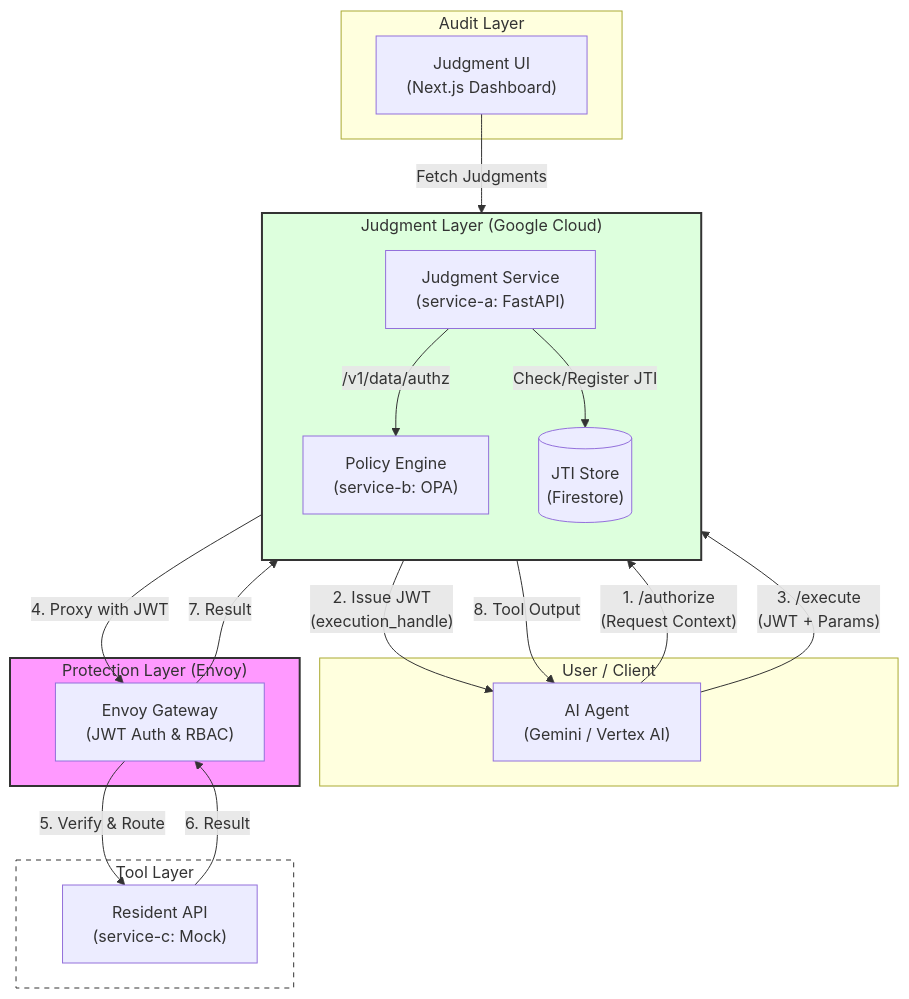
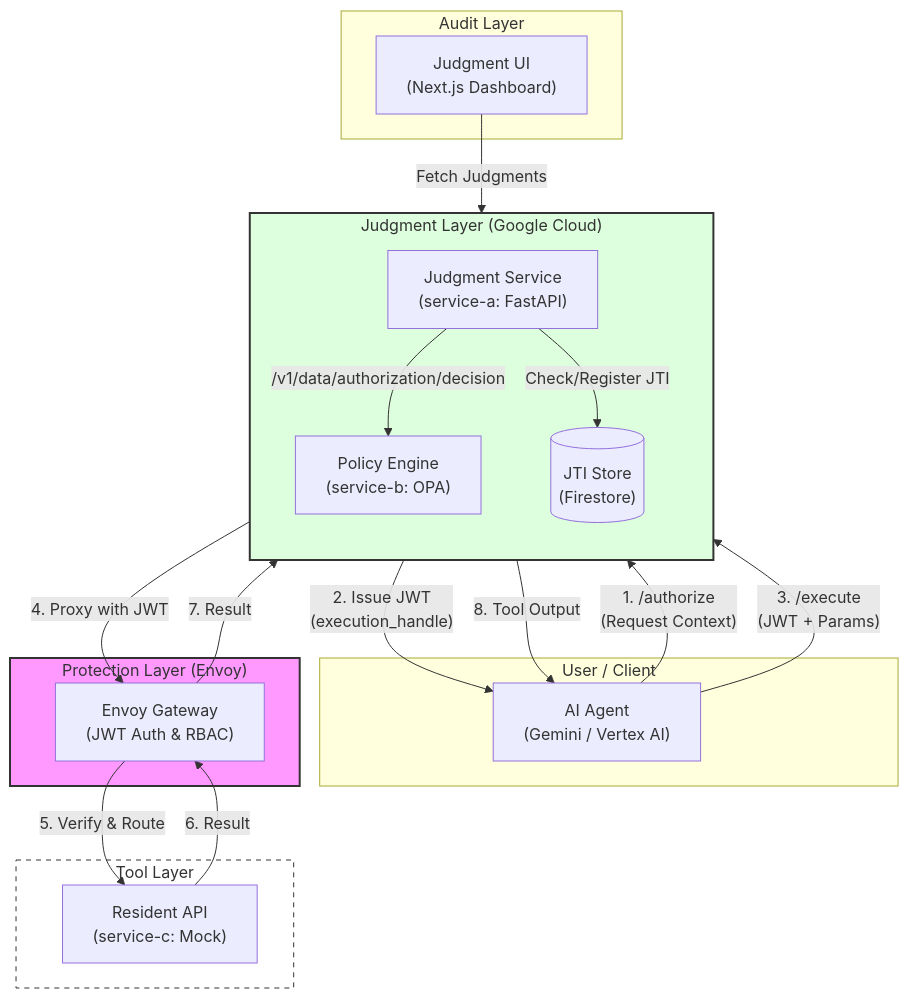
One commit to appmth/action-gated-authorization-poc changed the diagram in docs/02-design/05-architecture-diagram.md. Above: the diagram before and after it, drawn with Mermaid. The commit also changed 102 other files, not shown here.

````diff
--- a/docs/02-design/05-architecture-diagram.md
+++ b/docs/02-design/05-architecture-diagram.md
@@ -5,48 +5,48 @@
 ```mermaid
 graph TB
     subgraph Users ["User / Client"]
         Agent["AI Agent<br/>(Gemini / Vertex AI)"]
     end
 
     subgraph JudgmentSystem ["Judgment Layer (Google Cloud)"]
         direction TB
         Judgment["Judgment Service<br/>(service-a: FastAPI)"]
         PDP["Policy Engine<br/>(service-b: OPA)"]
         JTIStore[("JTI Store<br/>(Firestore)")]
         
-        Judgment -- "/v1/data/authz" --> PDP
+        Judgment -- "/v1/data/authorization/decision" --> PDP
         Judgment -- "Check/Register JTI" --> JTIStore
     end
 
     subgraph ProtectionLayer ["Protection Layer (Envoy)"]
         Envoy["Envoy Gateway<br/>(JWT Auth & RBAC)"]
     end
 
     subgraph ToolBackend ["Tool Layer"]
         Tool["Resident API<br/>(service-c: Mock)"]
     end
 
     subgraph AuditLayer ["Audit Layer"]
         Dashboard["Judgment UI<br/>(Next.js Dashboard)"]
     end
 
     %% Flow: Authorization
     Agent -- "1. /authorize<br/>(Request Context)" --> Judgment
     Judgment -- "2. Issue JWT<br/>(execution_handle)" --> Agent
 
     %% Flow: Execution
     Agent -- "3. /execute<br/>(JWT + Params)" --> Judgment
     Judgment -- "4. Proxy with JWT" --> Envoy
     Envoy -- "5. Verify & Route" --> Tool
     Tool -- "6. Result" --> Envoy
     Envoy -- "7. Result" --> Judgment
     Judgment -- "8. Tool Output" --> Agent
 
     %% Flow: Audit
     Dashboard -- "Fetch Judgments" --> Judgment
 
     %% Labels & Styling
     style ProtectionLayer fill:#f9f,stroke:#333,stroke-width:2px
     style JudgmentSystem fill:#dfd,stroke:#333,stroke-width:2px
     style ToolBackend fill:#fff,stroke:#333,stroke-dasharray: 5 5
 ```
````
